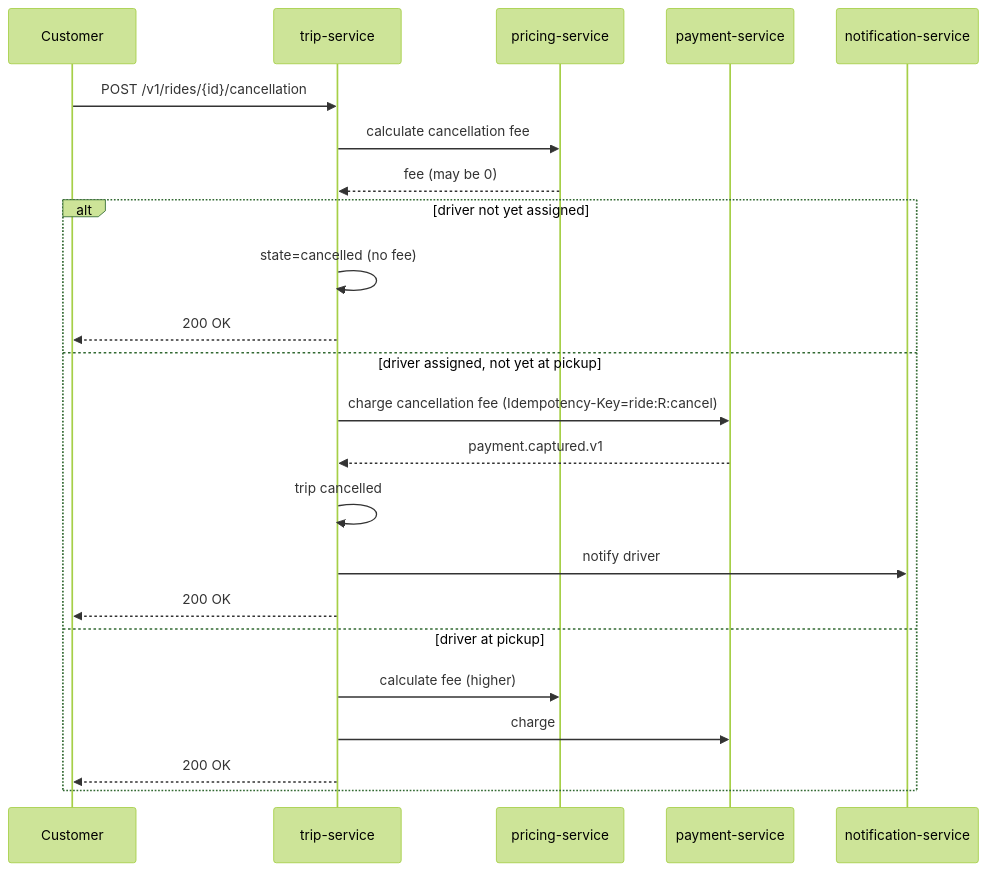
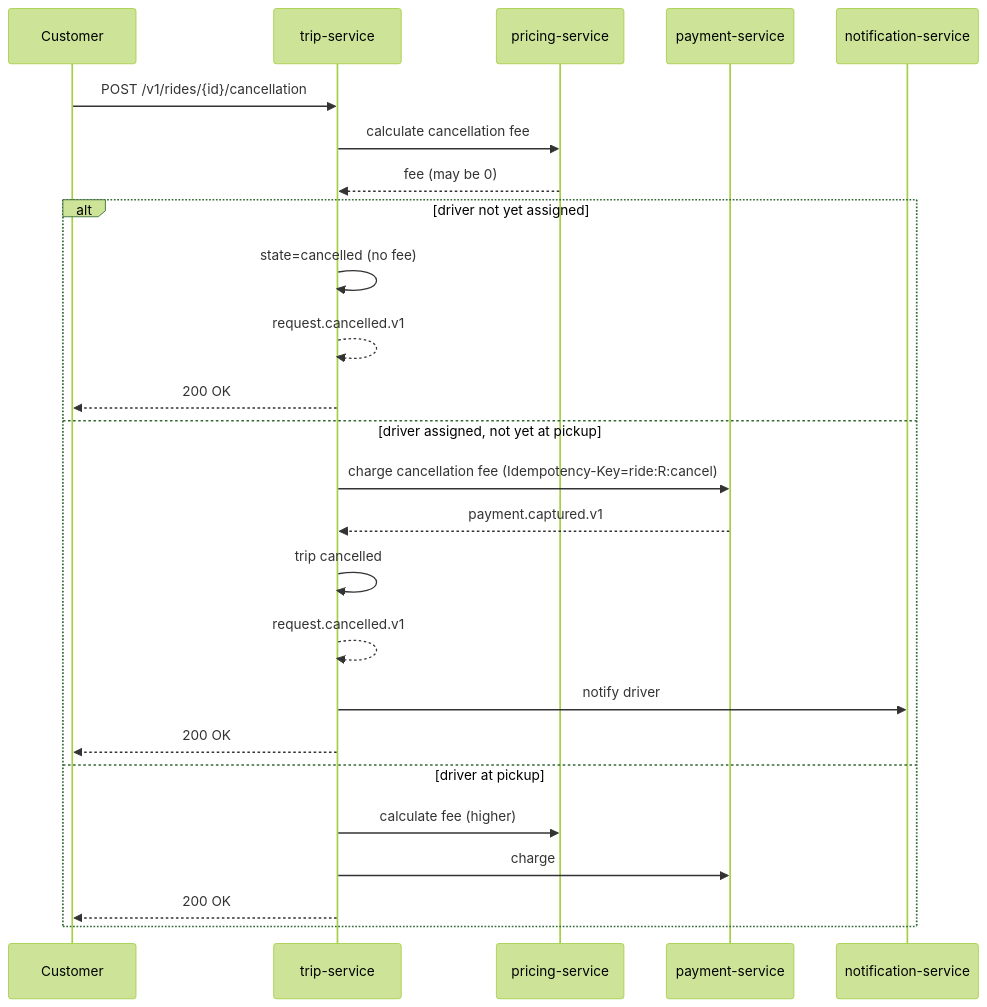
Before and after one commit to mohamedhabibwork/trips-enjoy-docs: the seventh of 15 diagrams in docs/workflows/RIDE_WORKFLOWS.md, drawn with Mermaid (forest theme). The commit also changed other lines of this file and 201 other files, not shown here.

````diff
--- a/docs/workflows/RIDE_WORKFLOWS.md
+++ b/docs/workflows/RIDE_WORKFLOWS.md
@@ -133,26 +160,28 @@
 ```mermaid
 sequenceDiagram
     participant C as Customer
     participant TR as trip-service
     participant PRC as pricing-service
     participant PAY as payment-service
     participant NOT as notification-service
 
     C->>TR: POST /v1/rides/{id}/cancellation
     TR->>PRC: calculate cancellation fee
     PRC-->>TR: fee (may be 0)
     alt driver not yet assigned
         TR->>TR: state=cancelled (no fee)
+        TR-->>TR: request.cancelled.v1
         TR-->>C: 200 OK
     else driver assigned, not yet at pickup
         TR->>PAY: charge cancellation fee (Idempotency-Key=ride:R:cancel)
         PAY-->>TR: payment.captured.v1
         TR->>TR: trip cancelled
+        TR-->>TR: request.cancelled.v1
         TR->>NOT: notify driver
         TR-->>C: 200 OK
     else driver at pickup
         TR->>PRC: calculate fee (higher)
         TR->>PAY: charge
         TR-->>C: 200 OK
     end
 ```
````
